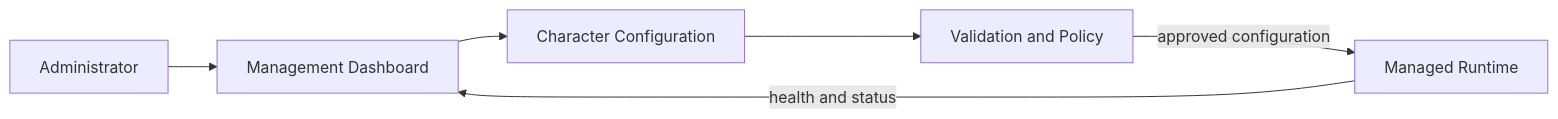
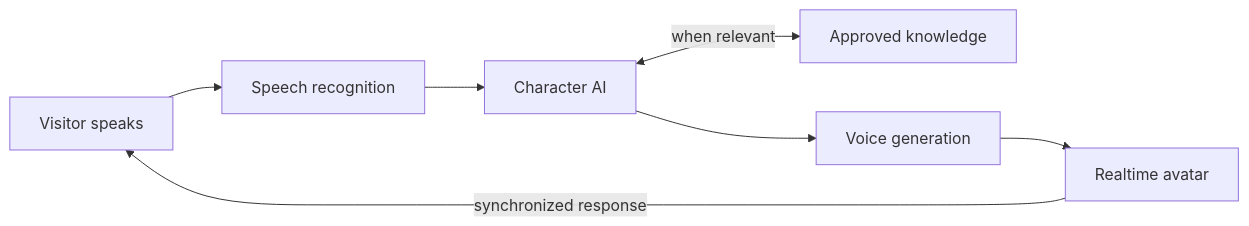
One commit to amizzan84-lab/dialog-live-showcase changed the third of 4 diagrams in README.md. Above: the diagram before and after it, drawn with Mermaid. The commit also changed other lines of this file and 10 other files, not shown here.

````diff
--- a/README.md
+++ b/README.md
@@ -92,14 +91,14 @@
 ```mermaid
 flowchart LR
-    ADMIN["Administrator"]
-    DASH["Management Dashboard"]
-    CONFIG["Character Configuration"]
-    POLICY["Validation and Policy"]
-    RUNTIME["Managed Runtime"]
+    USER["Visitor speaks"]
+    SPEECH["Speech recognition"]
+    BRAIN["Character AI"]
+    KNOWLEDGE["Approved knowledge"]
+    VOICE["Voice generation"]
+    AVATAR["Realtime avatar"]
 
-    ADMIN --> DASH
-    DASH --> CONFIG
-    CONFIG --> POLICY
-    POLICY -->|"approved configuration"| RUNTIME
-    RUNTIME -->|"health and status"| DASH
+    USER --> SPEECH --> BRAIN
+    BRAIN <-->|"when relevant"| KNOWLEDGE
+    BRAIN --> VOICE --> AVATAR
+    AVATAR -->|"synchronized response"| USER
 ```
````
